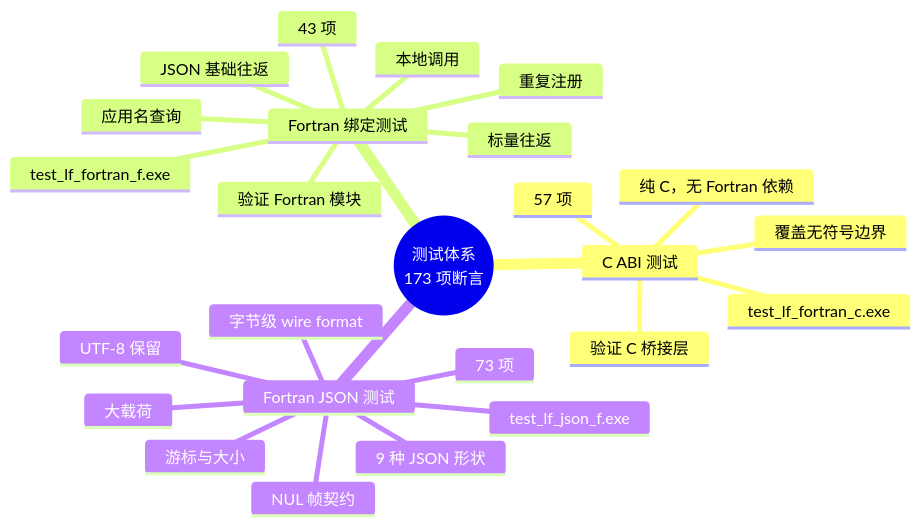
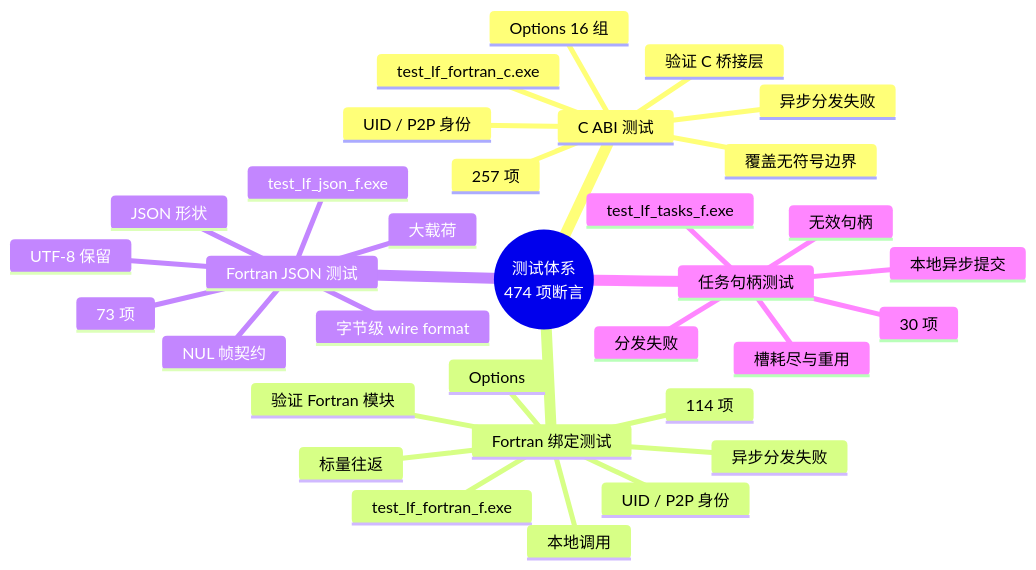
Before and after one commit to PassByYou888/LingoFuse: diagram 15 of 19 in fortran/README.md, drawn with Mermaid. The commit also changed other lines of this file and 16 other files, not shown here.

````diff
--- a/fortran/README.md
+++ b/fortran/README.md
@@ -815,28 +1525,36 @@
 ```mermaid
 mindmap
-  root((测试体系<br/>173 项断言))
+  root((测试体系<br/>474 项断言))
     C ABI 测试
-      57 项
+      257 项
       test_lf_fortran_c.exe
       验证 C 桥接层
       覆盖无符号边界
-      纯 C，无 Fortran 依赖
+      UID / P2P 身份
+      Options 16 组
+      异步分发失败
     Fortran 绑定测试
-      43 项
+      114 项
       test_lf_fortran_f.exe
       验证 Fortran 模块
       标量往返
+      UID / P2P 身份
       本地调用
-      JSON 基础往返
-      重复注册
-      应用名查询
+      Options
+      异步分发失败
     Fortran JSON 测试
       73 项
       test_lf_json_f.exe
-      9 种 JSON 形状
+      JSON 形状
       NUL 帧契约
       字节级 wire format
       UTF-8 保留
-      游标与大小
       大载荷
+    任务句柄测试
+      30 项
+      test_lf_tasks_f.exe
+      无效句柄
+      本地异步提交
+      分发失败
+      槽耗尽与重用
 ```
````
